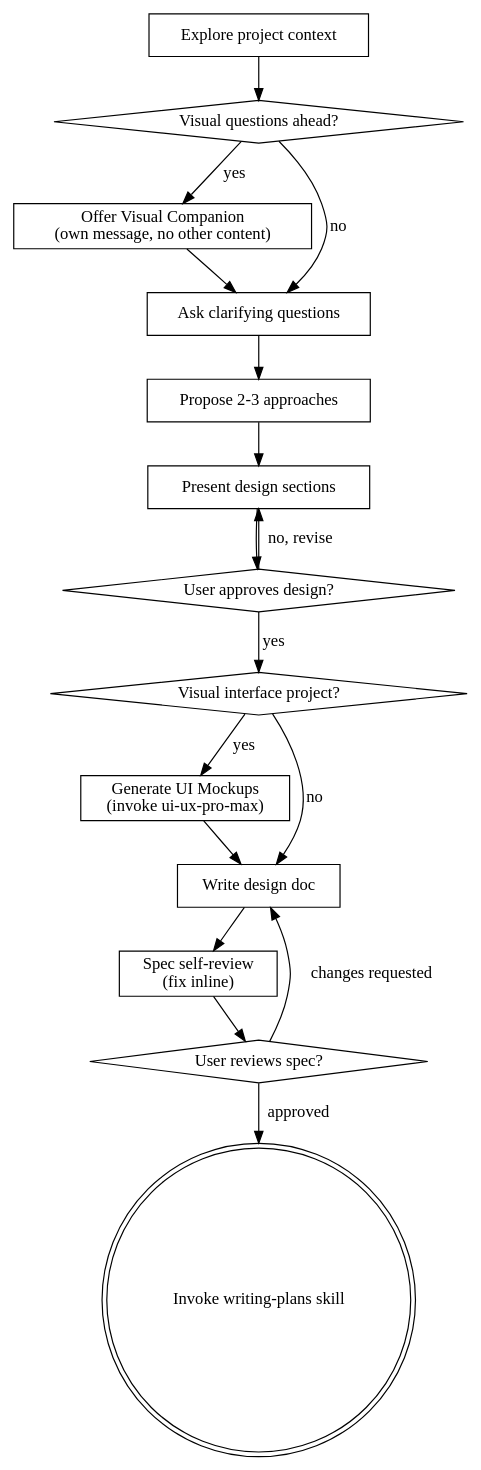
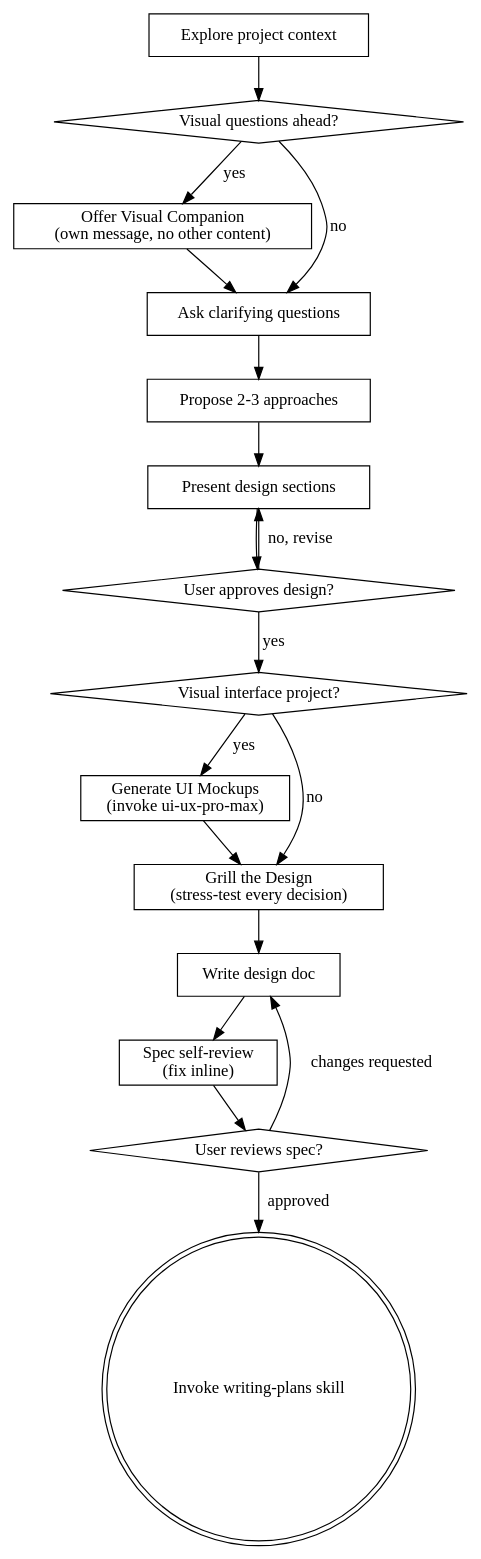
Before and after one commit to Jad2wizard/superpowers: the diagram in skills/brainstorming/SKILL.md, drawn with Graphviz. The commit also changed other lines of this file and 1 other file, not shown here.

````diff
--- a/skills/brainstorming/SKILL.md
+++ b/skills/brainstorming/SKILL.md
@@ -39,34 +40,36 @@
 ```dot
 digraph brainstorming {
     "Explore project context" [shape=box];
     "Visual questions ahead?" [shape=diamond];
     "Offer Visual Companion\n(own message, no other content)" [shape=box];
     "Ask clarifying questions" [shape=box];
     "Propose 2-3 approaches" [shape=box];
     "Present design sections" [shape=box];
     "User approves design?" [shape=diamond];
     "Visual interface project?" [shape=diamond];
     "Generate UI Mockups\n(invoke ui-ux-pro-max)" [shape=box];
+    "Grill the Design\n(stress-test every decision)" [shape=box];
     "Write design doc" [shape=box];
     "Spec self-review\n(fix inline)" [shape=box];
     "User reviews spec?" [shape=diamond];
     "Invoke writing-plans skill" [shape=doublecircle];
 
     "Explore project context" -> "Visual questions ahead?";
     "Visual questions ahead?" -> "Offer Visual Companion\n(own message, no other content)" [label="yes"];
     "Visual questions ahead?" -> "Ask clarifying questions" [label="no"];
     "Offer Visual Companion\n(own message, no other content)" -> "Ask clarifying questions";
     "Ask clarifying questions" -> "Propose 2-3 approaches";
     "Propose 2-3 approaches" -> "Present design sections";
     "Present design sections" -> "User approves design?";
     "User approves design?" -> "Present design sections" [label="no, revise"];
     "User approves design?" -> "Visual interface project?" [label="yes"];
     "Visual interface project?" -> "Generate UI Mockups\n(invoke ui-ux-pro-max)" [label="yes"];
-    "Visual interface project?" -> "Write design doc" [label="no"];
-    "Generate UI Mockups\n(invoke ui-ux-pro-max)" -> "Write design doc";
+    "Visual interface project?" -> "Grill the Design\n(stress-test every decision)" [label="no"];
+    "Generate UI Mockups\n(invoke ui-ux-pro-max)" -> "Grill the Design\n(stress-test every decision)";
+    "Grill the Design\n(stress-test every decision)" -> "Write design doc";
     "Write design doc" -> "Spec self-review\n(fix inline)";
     "Spec self-review\n(fix inline)" -> "User reviews spec?";
     "User reviews spec?" -> "Write design doc" [label="changes requested"];
     "User reviews spec?" -> "Invoke writing-plans skill" [label="approved"];
 }
 ```
````
